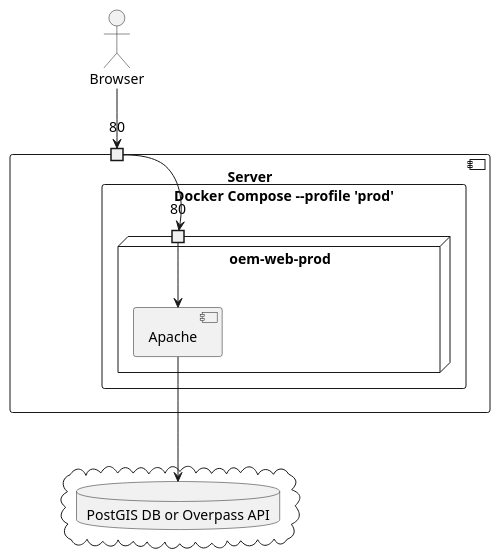
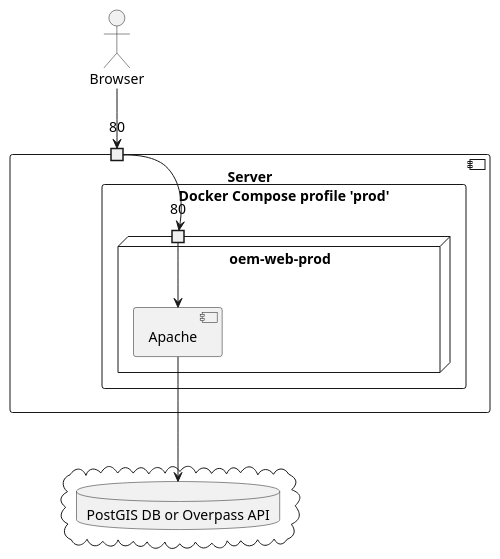
One commit to Danysan1/osm-wikidata-map-framework changed the diagram in images/prod.plantuml. Above: the diagram before and after it, drawn with PlantUML. The commit also changed 12 other files, not shown here.

First line of the commit message:
Reformat docker-compose

```diff
--- a/images/prod.plantuml
+++ b/images/prod.plantuml
@@ -1,25 +1,25 @@
 @startuml prod
 
 actor Browser
 component Server {
   port "80" as 80docker
-  rectangle "Docker Compose --profile 'prod'" as docker {
+  rectangle "Docker Compose profile 'prod'" as docker {
     node "oem-web-prod" {
       port "80" as 80webProd
       component Apache
     }
   }
 }
 cloud {
   database "PostGIS DB or Overpass API" as db
 }
 
 Apache ---> db
 
 Browser --> 80docker
 
 80docker --> 80webProd
 
 80webProd --> Apache
 
 @enduml
```
